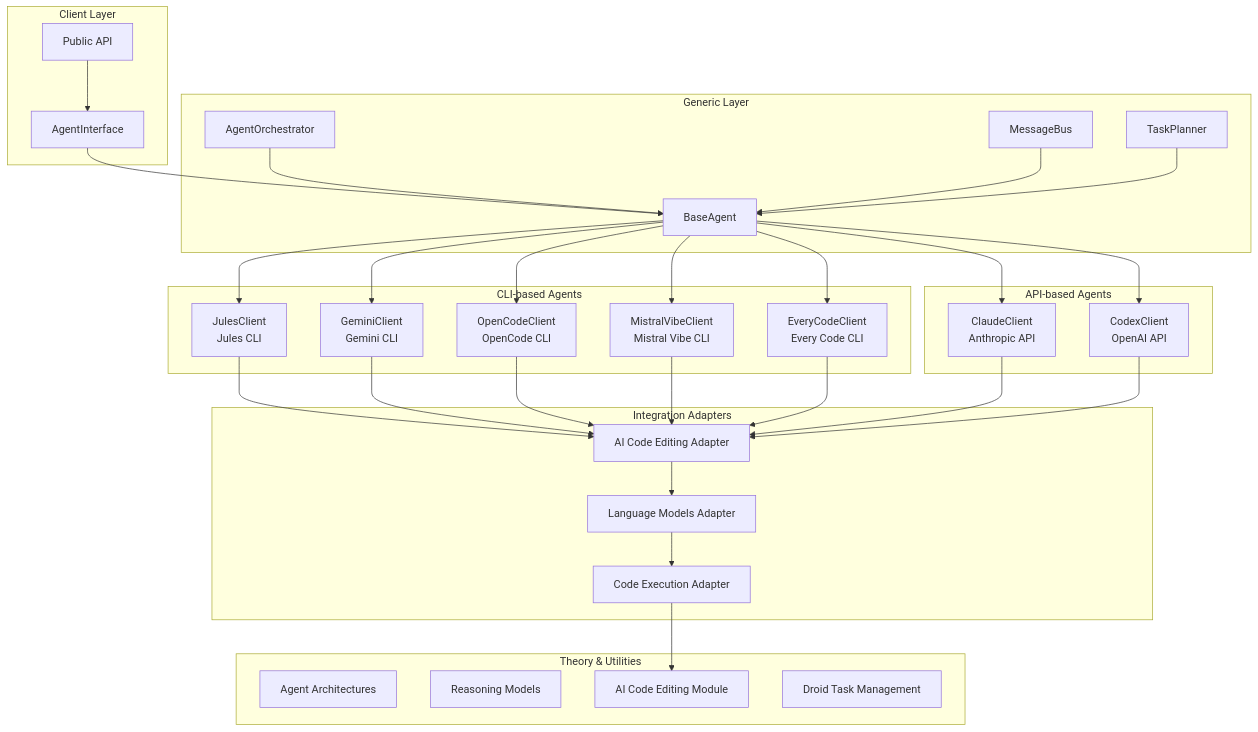
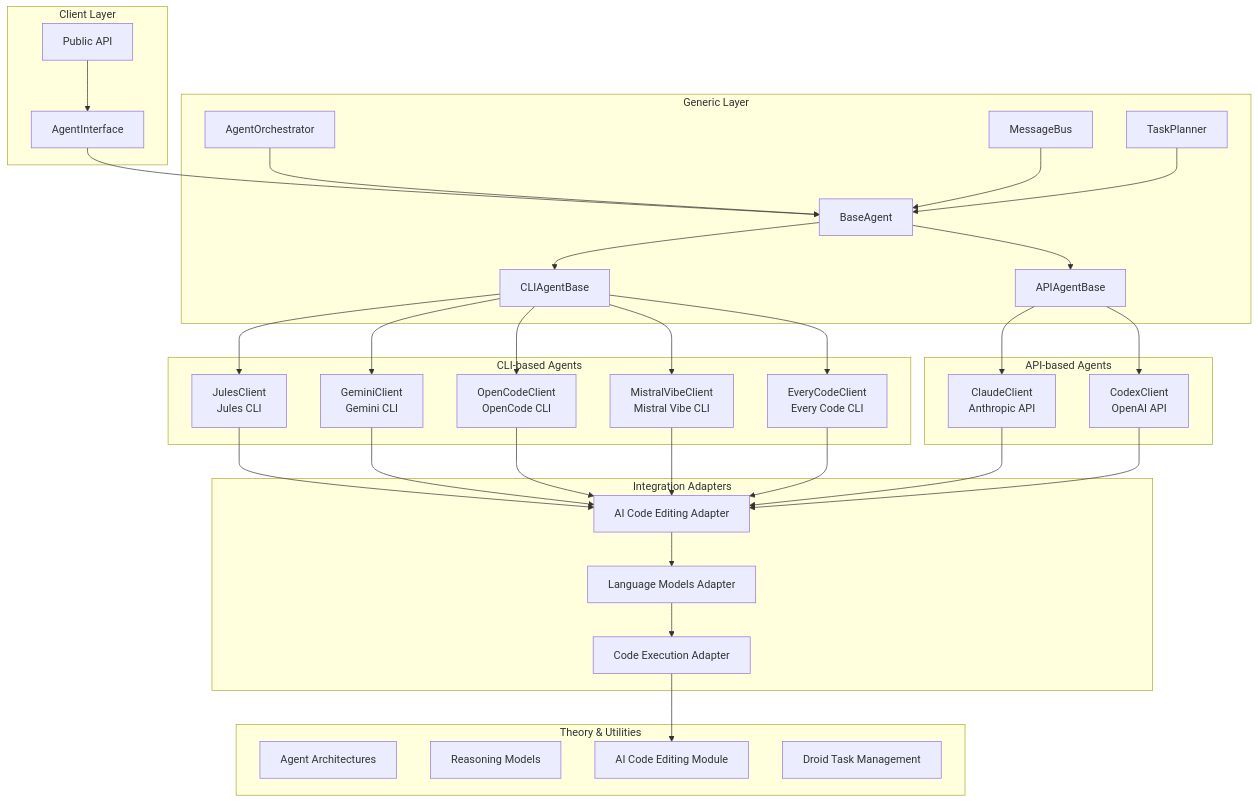
One commit to docxology/codomyrmex changed the diagram in src/codomyrmex/agents/SPEC.md. Above: the diagram before and after it, drawn with Mermaid. The commit also changed other lines of this file and 2217 other files, not shown here.

````diff
--- a/src/codomyrmex/agents/SPEC.md
+++ b/src/codomyrmex/agents/SPEC.md
@@ -40,66 +46,70 @@
 ```mermaid
 graph TD
     subgraph "Client Layer"
         PublicAPI[Public API]
         AgentInterface[AgentInterface]
     end
 
     subgraph "Generic Layer"
         BaseAgent[BaseAgent]
+        CLIAgentBase[CLIAgentBase]
+        APIAgentBase[APIAgentBase]
         AgentOrchestrator[AgentOrchestrator]
         MessageBus[MessageBus]
         TaskPlanner[TaskPlanner]
     end
 
     subgraph "CLI-based Agents"
         JulesClient[JulesClient<br/>Jules CLI]
         GeminiClient[GeminiClient<br/>Gemini CLI]
         OpenCodeClient[OpenCodeClient<br/>OpenCode CLI]
         MistralVibeClient[MistralVibeClient<br/>Mistral Vibe CLI]
         EveryCodeClient[EveryCodeClient<br/>Every Code CLI]
     end
 
     subgraph "API-based Agents"
         ClaudeClient[ClaudeClient<br/>Anthropic API]
         CodexClient[CodexClient<br/>OpenAI API]
     end
 
     subgraph "Integration Adapters"
         AICodeEditingAdapter[AI Code Editing Adapter]
         LanguageModelsAdapter[Language Models Adapter]
         CodeExecutionAdapter[Code Execution Adapter]
     end
 
     subgraph "Theory & Utilities"
         Architectures[Agent Architectures]
         ReasoningModels[Reasoning Models]
         AICodeEditing[AI Code Editing Module]
         DroidModule[Droid Task Management]
     end
 
     PublicAPI --> AgentInterface
     AgentInterface --> BaseAgent
-    BaseAgent --> JulesClient
-    BaseAgent --> GeminiClient
-    BaseAgent --> OpenCodeClient
-    BaseAgent --> MistralVibeClient
-    BaseAgent --> EveryCodeClient
-    BaseAgent --> ClaudeClient
-    BaseAgent --> CodexClient
+    BaseAgent --> CLIAgentBase
+    BaseAgent --> APIAgentBase
+    CLIAgentBase --> JulesClient
+    CLIAgentBase --> GeminiClient
+    CLIAgentBase --> OpenCodeClient
+    CLIAgentBase --> MistralVibeClient
+    CLIAgentBase --> EveryCodeClient
+    APIAgentBase --> ClaudeClient
+    APIAgentBase --> CodexClient
 
     AgentOrchestrator --> BaseAgent
     MessageBus --> BaseAgent
     TaskPlanner --> BaseAgent
 
     JulesClient --> AICodeEditingAdapter
     GeminiClient --> AICodeEditingAdapter
     OpenCodeClient --> AICodeEditingAdapter
     MistralVibeClient --> AICodeEditingAdapter
     EveryCodeClient --> AICodeEditingAdapter
     ClaudeClient --> AICodeEditingAdapter
     CodexClient --> AICodeEditingAdapter
 
     AICodeEditingAdapter --> LanguageModelsAdapter
     LanguageModelsAdapter --> CodeExecutionAdapter
     CodeExecutionAdapter --> AICodeEditing
 ```
````
